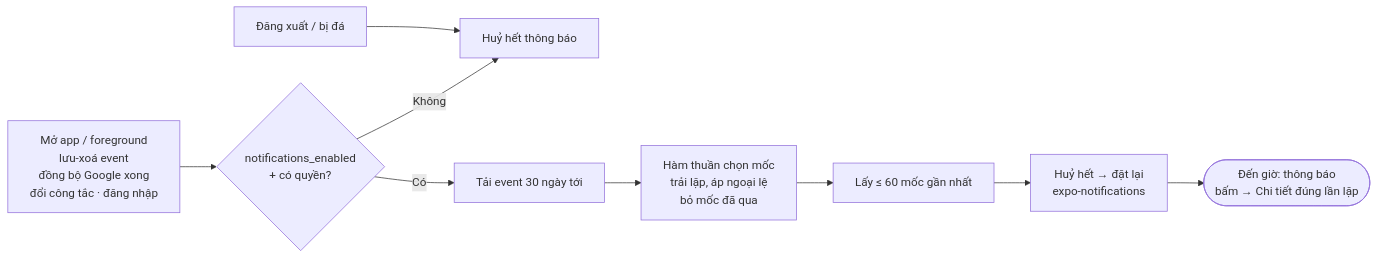
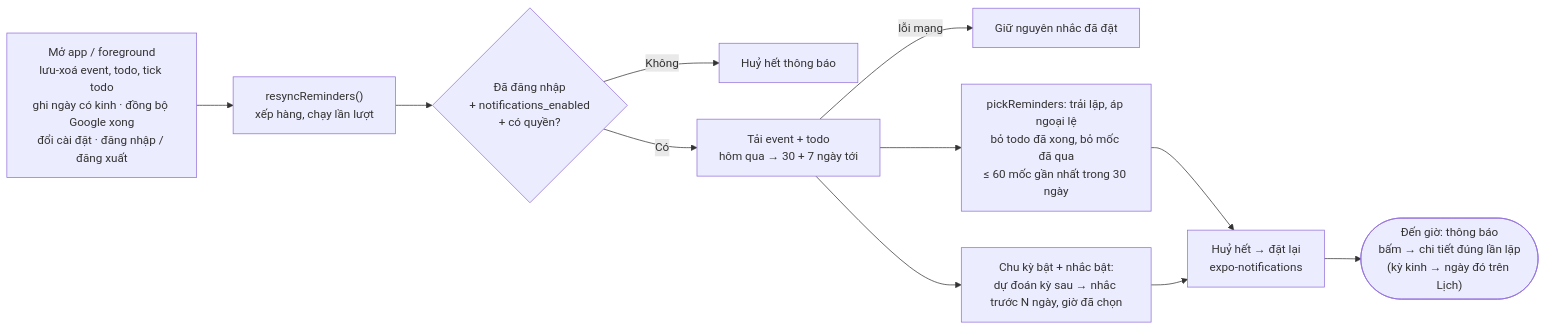
The diagram in docs/specs/architecture/reminders.md (danhbuidcn/daynest), drawn with Mermaid before and after one commit. The commit also changed other lines of this file and 13 other files, not shown here.

Commit message:
docs: update architecture to v5.0.1

````diff
--- a/docs/specs/architecture/reminders.md
+++ b/docs/specs/architecture/reminders.md
@@ -7,11 +9,12 @@
 ```mermaid
 flowchart LR
-  Trigger["Mở app / foreground<br/>lưu-xoá event<br/>đồng bộ Google xong<br/>đổi công tắc · đăng nhập"] --> Enabled{"notifications_enabled<br/>+ có quyền?"}
+  Trigger["Mở app / foreground<br/>lưu-xoá event, todo, tick todo<br/>ghi ngày có kinh · đồng bộ Google xong<br/>đổi cài đặt · đăng nhập / đăng xuất"] --> Queue["resyncReminders()<br/>xếp hàng, chạy lần lượt"]
+  Queue --> Enabled{"Đã đăng nhập<br/>+ notifications_enabled<br/>+ có quyền?"}
   Enabled -->|Không| Cancel["Huỷ hết thông báo"]
-  Enabled -->|Có| Load["Tải event 30 ngày tới"]
-  Load --> Pick["Hàm thuần chọn mốc<br/>trải lặp, áp ngoại lệ<br/>bỏ mốc đã qua"]
-  Pick --> Limit["Lấy ≤ 60 mốc gần nhất"]
-  Limit --> Reset["Huỷ hết → đặt lại<br/>expo-notifications"]
-  Reset --> Fire(["Đến giờ: thông báo<br/>bấm → Chi tiết đúng lần lặp"])
-  Logout["Đăng xuất / bị đá"] --> Cancel
+  Enabled -->|Có| Load["Tải event + todo<br/>hôm qua → 30 + 7 ngày tới"]
+  Load -->|"lỗi mạng"| Keep["Giữ nguyên nhắc đã đặt"]
+  Load --> Pick["pickReminders: trải lặp, áp ngoại lệ<br/>bỏ todo đã xong, bỏ mốc đã qua<br/>≤ 60 mốc gần nhất trong 30 ngày"]
+  Load --> Cycle["Chu kỳ bật + nhắc bật:<br/>dự đoán kỳ sau → nhắc trước N ngày, giờ đã chọn"]
+  Pick & Cycle --> Reset["Huỷ hết → đặt lại<br/>expo-notifications"]
+  Reset --> Fire(["Đến giờ: thông báo<br/>bấm → chi tiết đúng lần lặp<br/>(kỳ kinh → ngày đó trên Lịch)"])
 ```
````
